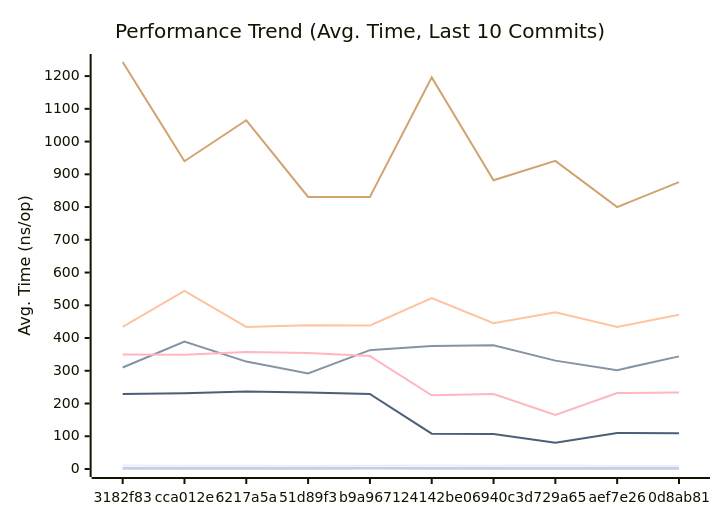
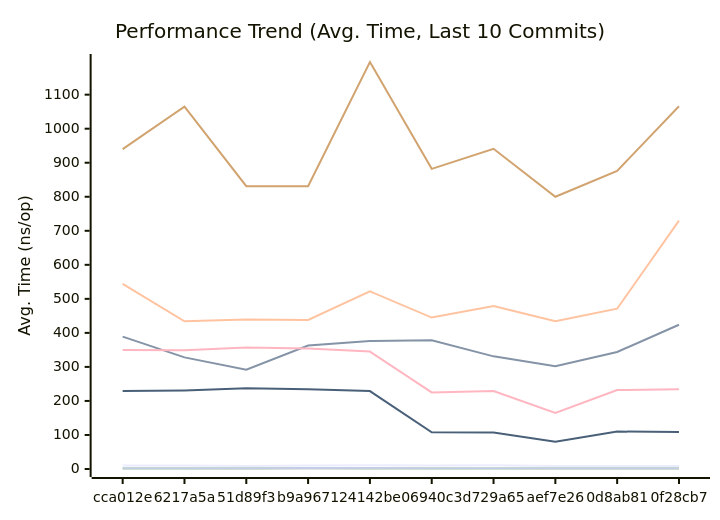
Before and after one commit to alsotoes/momo: the first of 3 diagrams in docs/PERFORMANCE.md, drawn with Mermaid. The commit also changed other lines of this file and 2 other files, not shown here.

First line of the commit message:
Fix broken line continuation in test-external-client.sh

````diff
--- a/docs/PERFORMANCE.md
+++ b/docs/PERFORMANCE.md
@@ -80,16 +80,16 @@
 ```mermaid
 xychart-beta
     title "Performance Trend (Avg. Time, Last 10 Commits)"
     x-axis "Commit"
     y-axis "Avg. Time (ns/op)"
-    x-axis [3182f83,cca012e,6217a5a,51d89f3,b9a9671,24142be,06940c3,d729a65,aef7e26,0d8ab81]
-    line "CheckMetricsAndSwap" [11,10,10,9,10,11,10,11,9,9]
-    line "CrushOptimized" [310,389,328,292,363,376,378,331,302,344]
-    line "CrushOriginal" [434,544,434,439,438,522,445,479,434,471]
-    line "IndexDirectTracking" [0,0,0,0,1,0,0,0,0,0]
-    line "IndexSearch" [2,2,2,2,3,2,2,2,2,2]
-    line "LoadGlobalConfig" [1243,940,1065,831,831,1196,882,941,800,876]
-    line "PadString" [3,2,2,2,3,3,2,2,2,2]
+    x-axis [cca012e,6217a5a,51d89f3,b9a9671,24142be,06940c3,d729a65,aef7e26,0d8ab81,0f28cb7]
+    line "CheckMetricsAndSwap" [10,10,9,10,11,10,11,9,9,9]
+    line "CrushOptimized" [389,328,292,363,376,378,331,302,344,424]
+    line "CrushOriginal" [544,434,439,438,522,445,479,434,471,730]
+    line "IndexDirectTracking" [0,0,0,1,0,0,0,0,0,0]
+    line "IndexSearch" [2,2,2,3,2,2,2,2,2,2]
+    line "LoadGlobalConfig" [940,1065,831,831,1196,882,941,800,876,1066]
+    line "PadString" [2,2,2,3,3,2,2,2,2,2]
     line "ParseReplicationOrder_NoPrealloc" [350,349,357,354,345,225,229,165,232,234]
     line "ParseReplicationOrder_Prealloc" [229,231,237,234,229,108,107,80,110,109]
 ```
````
